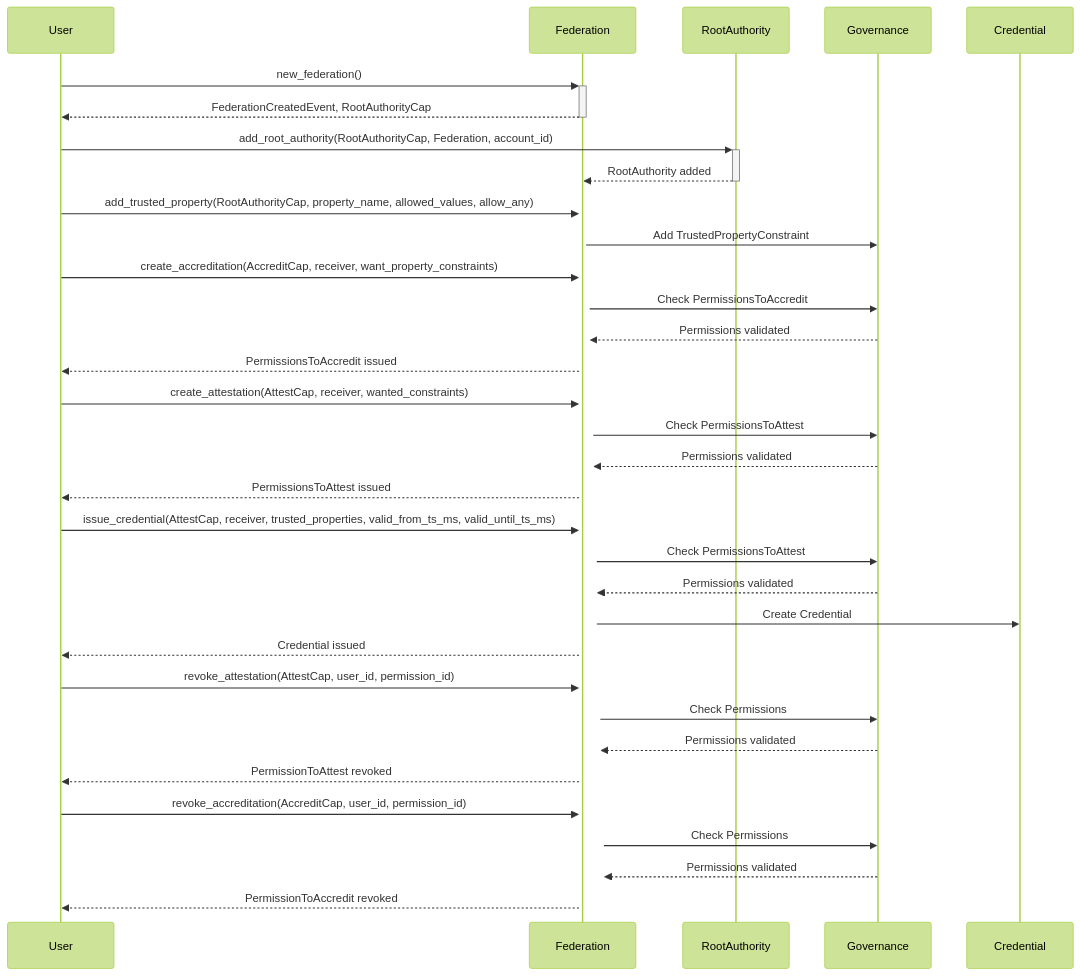
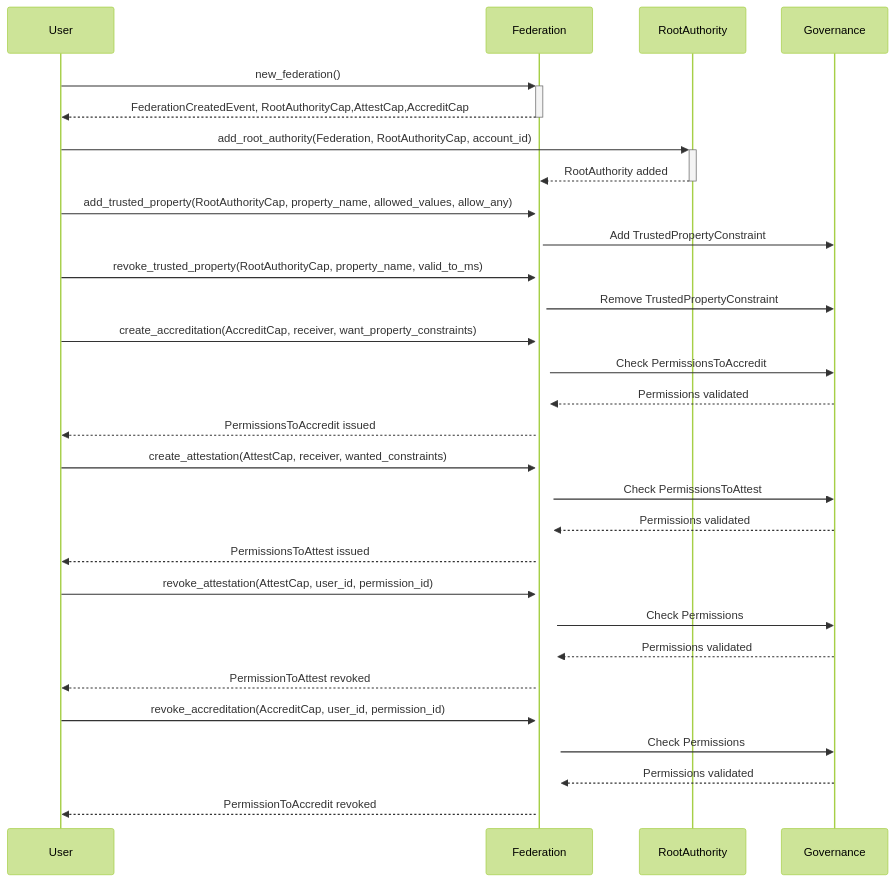
Before and after one commit to iotaledger/hierarchies: the first of 2 diagrams in README.MD, drawn with Mermaid (forest theme). The commit also changed other lines of this file, not shown here.

Commit message:
refactor: update README to reflect changes in IOTA Trust Hierarchies and improve clarity on federation operations

````diff
--- a/README.MD
+++ b/README.MD
@@ -130,44 +130,40 @@
 ```mermaid
 sequenceDiagram
     participant User
     participant Federation
     participant RootAuthority
     participant Governance
-    participant Credential
 
     User->>+Federation: new_federation()
-    Federation-->>-User: FederationCreatedEvent, RootAuthorityCap
+    Federation-->>-User: FederationCreatedEvent, RootAuthorityCap,AttestCap,AccreditCap
 
-    User->>+RootAuthority: add_root_authority(RootAuthorityCap, Federation, account_id)
+    User->>+RootAuthority: add_root_authority(Federation, RootAuthorityCap, account_id)
     RootAuthority-->>-Federation: RootAuthority added
 
     User->>+Federation: add_trusted_property(RootAuthorityCap, property_name, allowed_values, allow_any)
     Federation->>Governance: Add TrustedPropertyConstraint
+
+    User->>+Federation: revoke_trusted_property(RootAuthorityCap, property_name, valid_to_ms)
+    Federation->>Governance: Remove TrustedPropertyConstraint
 
     User->>+Federation: create_accreditation(AccreditCap, receiver, want_property_constraints)
     Federation->>Governance: Check PermissionsToAccredit
     Governance-->>Federation: Permissions validated
     Federation-->>User: PermissionsToAccredit issued
 
     User->>+Federation: create_attestation(AttestCap, receiver, wanted_constraints)
     Federation->>Governance: Check PermissionsToAttest
     Governance-->>Federation: Permissions validated
     Federation-->>User: PermissionsToAttest issued
-
-    User->>+Federation: issue_credential(AttestCap, receiver, trusted_properties, valid_from_ts_ms, valid_until_ts_ms)
-    Federation->>Governance: Check PermissionsToAttest
-    Governance-->>Federation: Permissions validated
-    Federation->>Credential: Create Credential
-    Federation-->>User: Credential issued
 
     User->>+Federation: revoke_attestation(AttestCap, user_id, permission_id)
     Federation->>Governance: Check Permissions
     Governance-->>Federation: Permissions validated
     Federation-->>User: PermissionToAttest revoked
 
     User->>+Federation: revoke_accreditation(AccreditCap, user_id, permission_id)
     Federation->>Governance: Check Permissions
     Governance-->>Federation: Permissions validated
     Federation-->>User: PermissionToAccredit revoked
 
 ```
````
